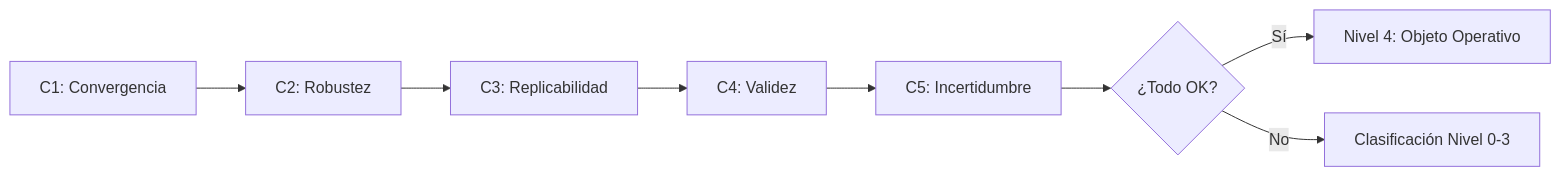
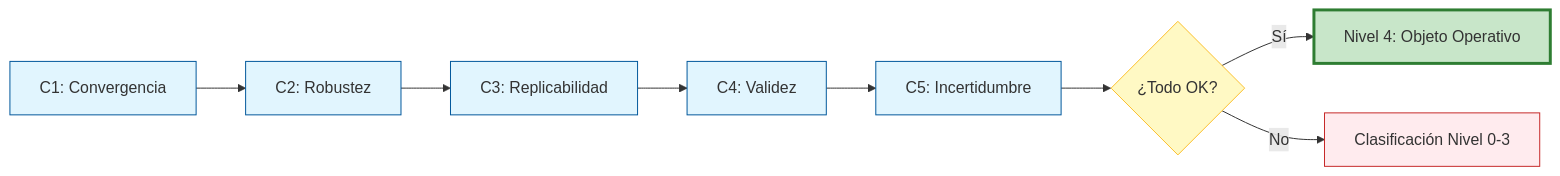
The first of 2 diagrams in TesisDesarrollo/01_Metodologia_Medicion/01_00_Metodologia_Medicion.md (stevenvo780/TesisJacobContenidos), drawn with Mermaid before and after one commit. The commit also changed other lines of this file and 4 other files, not shown here.

````diff
--- a/TesisDesarrollo/01_Metodologia_Medicion/01_00_Metodologia_Medicion.md
+++ b/TesisDesarrollo/01_Metodologia_Medicion/01_00_Metodologia_Medicion.md
@@ -17,19 +17,73 @@
 ```mermaid
+
+
 
 flowchart LR
 
+
+
     C1[C1: Convergencia] --> C2[C2: Robustez]
+
+
 
     C2 --> C3[C3: Replicabilidad]
 
+
+
     C3 --> C4[C4: Validez]
+
+
 
     C4 --> C5[C5: Incertidumbre]
 
+
+
     C5 --> Pass{¿Todo OK?}
+
+
 
     Pass -->|Sí| Valid[Nivel 4: Objeto Operativo]
 
+
+
     Pass -->|No| Reject[Clasificación Nivel 0-3]
 
+
+
+    
+
+
+
+    style C1 fill:#e1f5fe,stroke:#01579b
+
+
+
+    style C2 fill:#e1f5fe,stroke:#01579b
+
+
+
+    style C3 fill:#e1f5fe,stroke:#01579b
+
+
+
+    style C4 fill:#e1f5fe,stroke:#01579b
+
+
+
+    style C5 fill:#e1f5fe,stroke:#01579b
+
+
+
+    style Pass fill:#fff9c4,stroke:#fbc02d
+
+
+
+    style Valid fill:#c8e6c9,stroke:#2e7d32,stroke-width:3px
+
+
+
+    style Reject fill:#ffebee,stroke:#c62828
+
+
+
 ```
````
